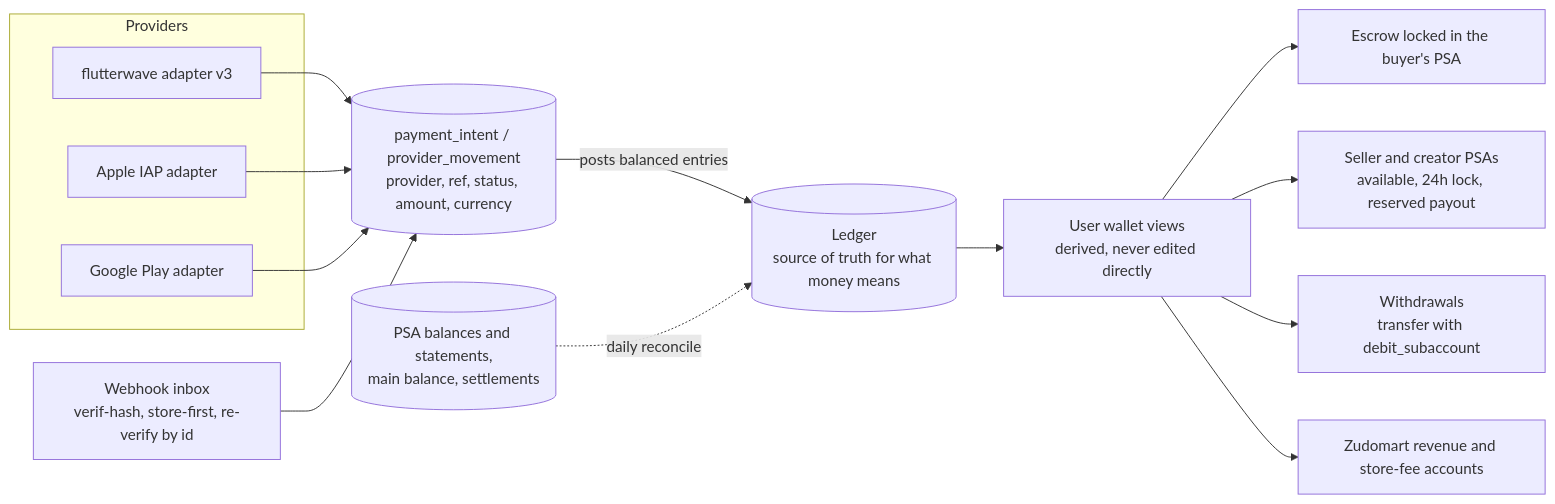
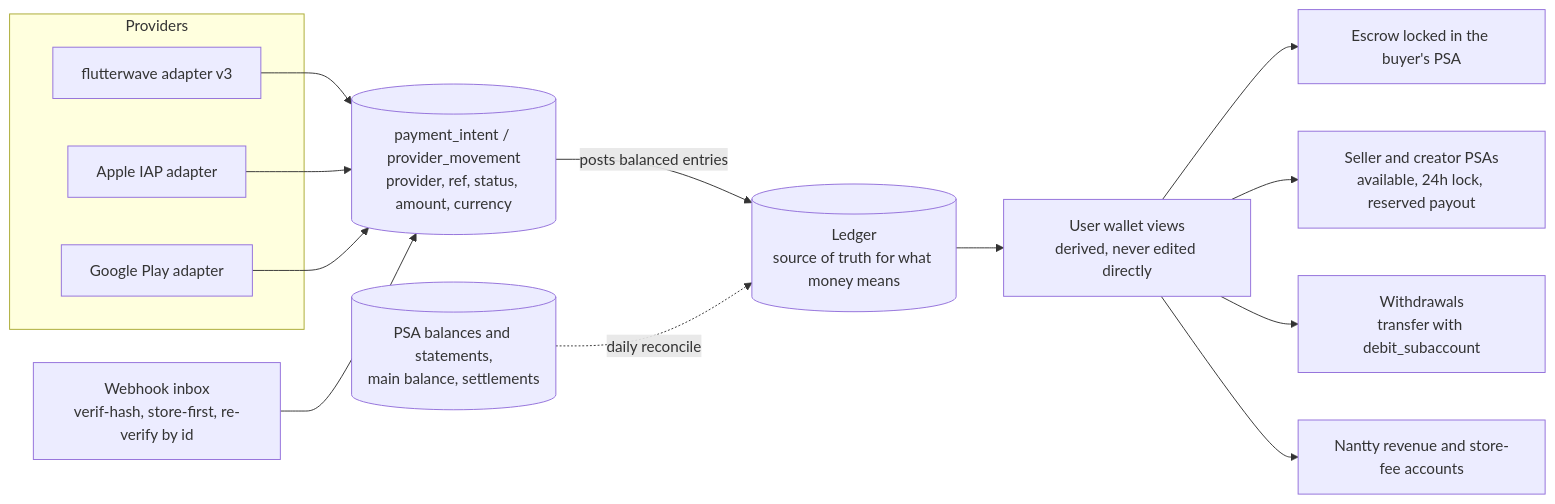
The first of 7 diagrams in docs/architecture/payments.md (telente-technologies/nantty), drawn with Mermaid before and after one commit. The commit also changed other lines of this file and 28 other files, not shown here.

Commit message:
docs: add architecture, legal templates, meetings, and integration guides

````diff
--- a/docs/architecture/payments.md
+++ b/docs/architecture/payments.md
@@ -62,19 +62,19 @@
 ```mermaid
 flowchart LR
   subgraph Providers
     FW[flutterwave adapter v3]
     AP[Apple IAP adapter]
     GP[Google Play adapter]
   end
   FW --> PT[(payment_intent / provider_movement<br/>provider, ref, status, amount, currency)]
   AP --> PT
   GP --> PT
   WH[Webhook inbox<br/>verif-hash, store-first, re-verify by id] --> PT
   PT -->|"posts balanced entries"| LG[(Ledger<br/>source of truth for what money means)]
   LG --> W[User wallet views<br/>derived, never edited directly]
   W --> SS[Escrow locked in the buyer's PSA]
   W --> DS[Seller and creator PSAs<br/>available, 24h lock, reserved payout]
   W --> CS[Withdrawals<br/>transfer with debit_subaccount]
-  W --> PL[Zudomart revenue and store-fee accounts]
+  W --> PL[Nantty revenue and store-fee accounts]
   PB[(PSA balances and statements,<br/>main balance, settlements)] -.->|daily reconcile| LG
 ```
````
